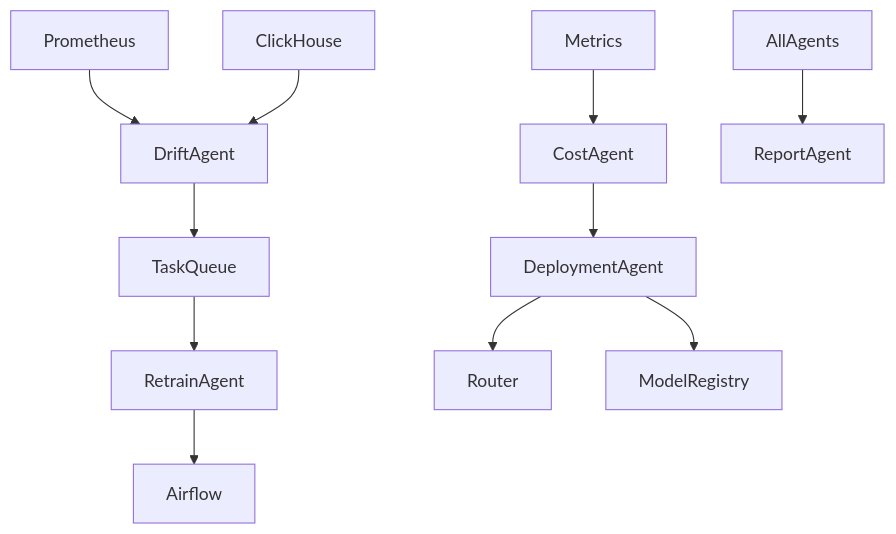
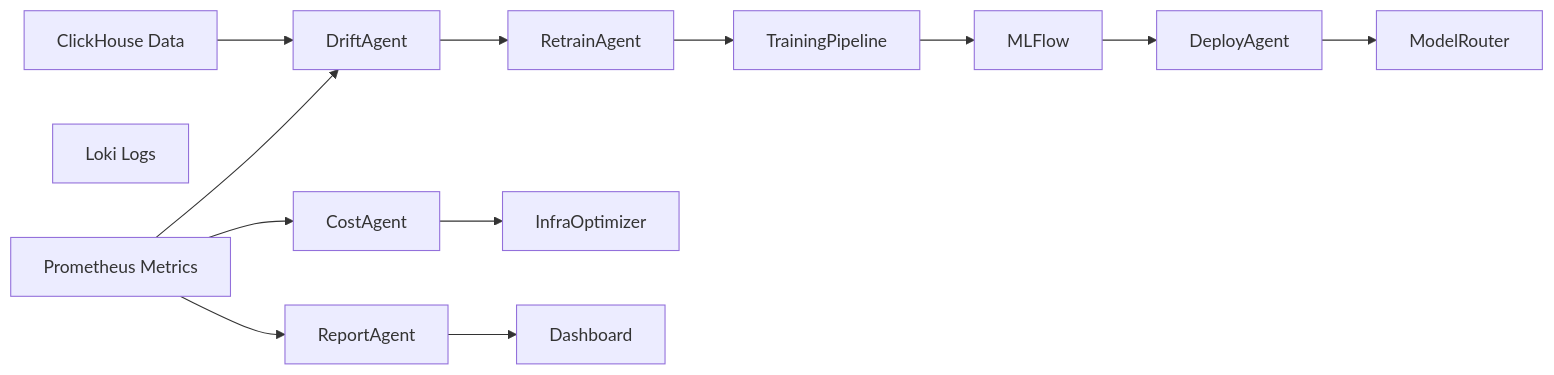
One commit to thanhhaunv/ML-Systems-Engineer changed the second of 4 diagrams in PHASE-3-spec.md. Above: the diagram before and after it, drawn with Mermaid. The commit also changed other lines of this file, not shown here.

````diff
--- a/PHASE-3-spec.md
+++ b/PHASE-3-spec.md
@@ -383,17 +166,27 @@
-```mermaid id="m8agent1"
-graph TD
-    Prometheus --> DriftAgent
-    ClickHouse --> DriftAgent
-    DriftAgent --> TaskQueue
+```mermaid
+flowchart LR
 
-    TaskQueue --> RetrainAgent
-    RetrainAgent --> Airflow
+Metrics[Prometheus Metrics]
+Logs[Loki Logs]
+Data[ClickHouse Data]
 
-    Metrics --> CostAgent
-    CostAgent --> DeploymentAgent
+Metrics --> DriftAgent
+Data --> DriftAgent
 
-    DeploymentAgent --> Router
-    DeploymentAgent --> ModelRegistry
+DriftAgent --> RetrainAgent
 
-    AllAgents --> ReportAgent
+RetrainAgent --> TrainingPipeline
+
+TrainingPipeline --> MLFlow
+
+MLFlow --> DeployAgent
+
+DeployAgent --> ModelRouter
+
+Metrics --> CostAgent
+
+CostAgent --> InfraOptimizer
+
+Metrics --> ReportAgent
+ReportAgent --> Dashboard
 ```
````
